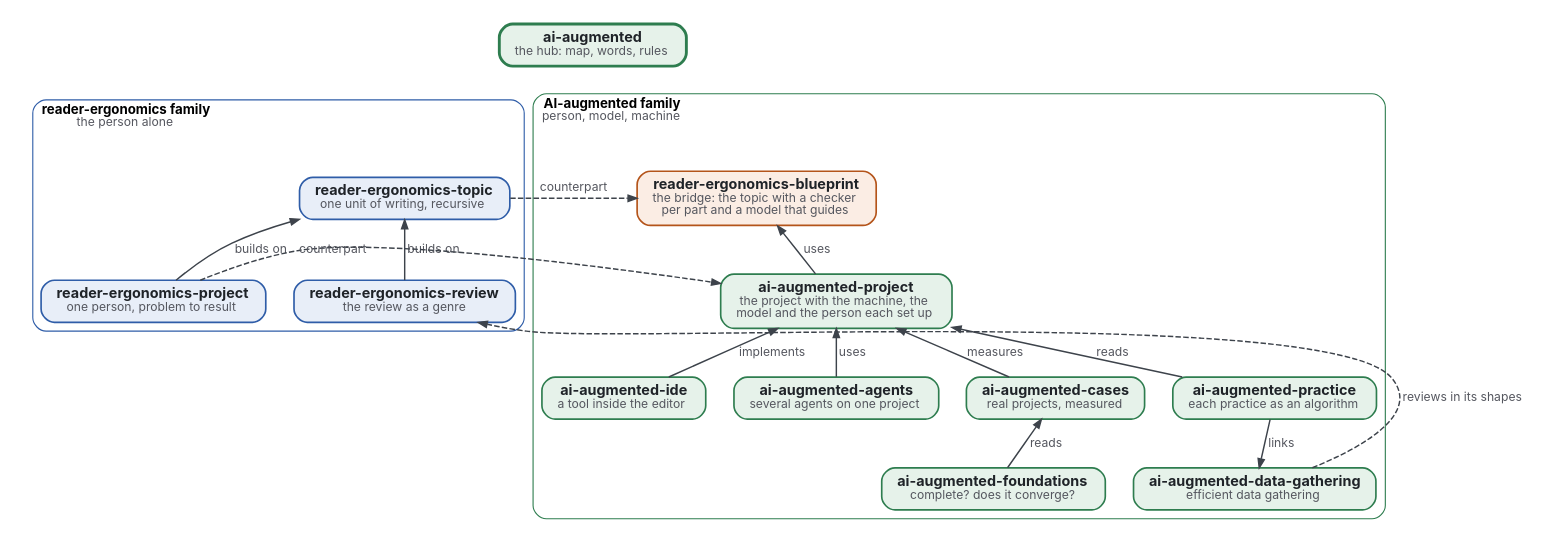
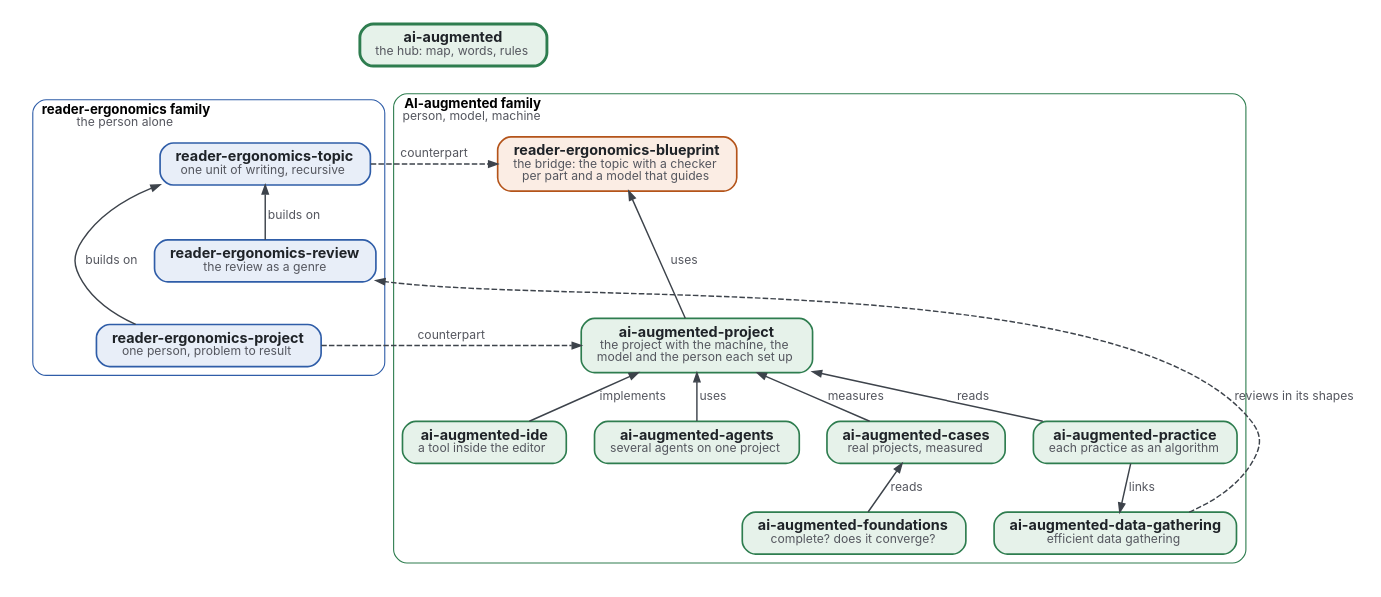
Before and after one commit to Tewf/ai-augmented: the diagram in map.dot, drawn with Graphviz. The commit also changed 4 other files, not shown here.

```diff
--- a/map.dot
+++ b/map.dot
@@ -1,41 +1,42 @@
 // The map of the two families. Colours: reader-ergonomics family blue, AI-augmented family green, the bridge orange,
 // each kind named in its box; this page, the hub, has the thick border and nothing points to it.
 digraph map {
   graph [rankdir=TB, nodesep=0.35, ranksep=0.45, bgcolor="white", pad=0.2, fontname="Inter", compound=true, newrank=true];
   node  [shape=box, style="rounded,filled", fontname="Inter", fontsize=13, margin="0.2,0.1", penwidth=1.5, fontcolor="#1F2328"];
   edge  [fontname="Inter", fontsize=11, color="#3D434B", fontcolor="#55575F", penwidth=1.3, arrowsize=0.8];
   HUB [label=<<b>ai-augmented</b><br/><font point-size="11" color="#55575F">the hub: map, words, rules</font>>, fillcolor="#E6F2EA", color="#2E7D4F", penwidth=2.6];
   subgraph cluster_re {
     label=<<b>reader-ergonomics family</b><br/><font point-size="11" color="#55575F">the person alone</font>>; labeljust=l; style="rounded"; color="#2F5DA8"; fontname="Inter"; fontsize=12;
     T [label=<<b>reader-ergonomics-topic</b><br/><font point-size="11" color="#55575F">one unit of writing, recursive</font>>, fillcolor="#E8EEF8", color="#2F5DA8"];
     P [label=<<b>reader-ergonomics-project</b><br/><font point-size="11" color="#55575F">one person, problem to result</font>>, fillcolor="#E8EEF8", color="#2F5DA8"];
     RV [label=<<b>reader-ergonomics-review</b><br/><font point-size="11" color="#55575F">the review as a genre</font>>, fillcolor="#E8EEF8", color="#2F5DA8"];
   }
   subgraph cluster_ai {
     label=<<b>AI-augmented family</b><br/><font point-size="11" color="#55575F">person, model, machine</font>>; labeljust=l; style="rounded"; color="#2E7D4F"; fontname="Inter"; fontsize=12;
     BP [label=<<b>reader-ergonomics-blueprint</b><br/><font point-size="11" color="#55575F">the bridge: the topic with a checker</font><br/><font point-size="11" color="#55575F">per part and a model that guides</font>>, fillcolor="#FBEDE4", color="#B4541A"];
     AP [label=<<b>ai-augmented-project</b><br/><font point-size="11" color="#55575F">the project with the machine, the</font><br/><font point-size="11" color="#55575F">model and the person each set up</font>>, fillcolor="#E6F2EA", color="#2E7D4F"];
     IDE [label=<<b>ai-augmented-ide</b><br/><font point-size="11" color="#55575F">a tool inside the editor</font>>, fillcolor="#E6F2EA", color="#2E7D4F"];
     AG [label=<<b>ai-augmented-agents</b><br/><font point-size="11" color="#55575F">several agents on one project</font>>, fillcolor="#E6F2EA", color="#2E7D4F"];
     F [label=<<b>ai-augmented-foundations</b><br/><font point-size="11" color="#55575F">complete? does it converge?</font>>, fillcolor="#E6F2EA", color="#2E7D4F"];
     C [label=<<b>ai-augmented-cases</b><br/><font point-size="11" color="#55575F">real projects, measured</font>>, fillcolor="#E6F2EA", color="#2E7D4F"];
     PRC [label=<<b>ai-augmented-practice</b><br/><font point-size="11" color="#55575F">each practice as an algorithm</font>>, fillcolor="#E6F2EA", color="#2E7D4F"];
     DG [label=<<b>ai-augmented-data-gathering</b><br/><font point-size="11" color="#55575F">efficient data gathering</font>>, fillcolor="#E6F2EA", color="#2E7D4F"];
   }
   HUB -> T [style=invis];
   HUB -> BP [style=invis];
   T -> BP [label=" counterpart", style=dashed, constraint=false];
   P -> AP [label=" counterpart", style=dashed, constraint=false];
   T -> P [dir=back, label=" builds on"];
   BP -> AP [dir=back, label=" uses"];
   AP -> IDE [dir=back, label=" implements"];
   AP -> AG [dir=back, label=" uses"];
   AP -> C [dir=back, label=" measures"];
   C -> F [dir=back, label=" reads"];
   AP -> PRC [dir=back, label=" reads"];
   PRC -> DG [label=" links"];
   T -> RV [dir=back, label=" builds on"];
   DG -> RV [style=dashed, label=" reviews in its shapes", constraint=false];
+  RV -> P [style=invis];
   {rank=same; T; BP}
   {rank=same; P; AP}
 }
```
